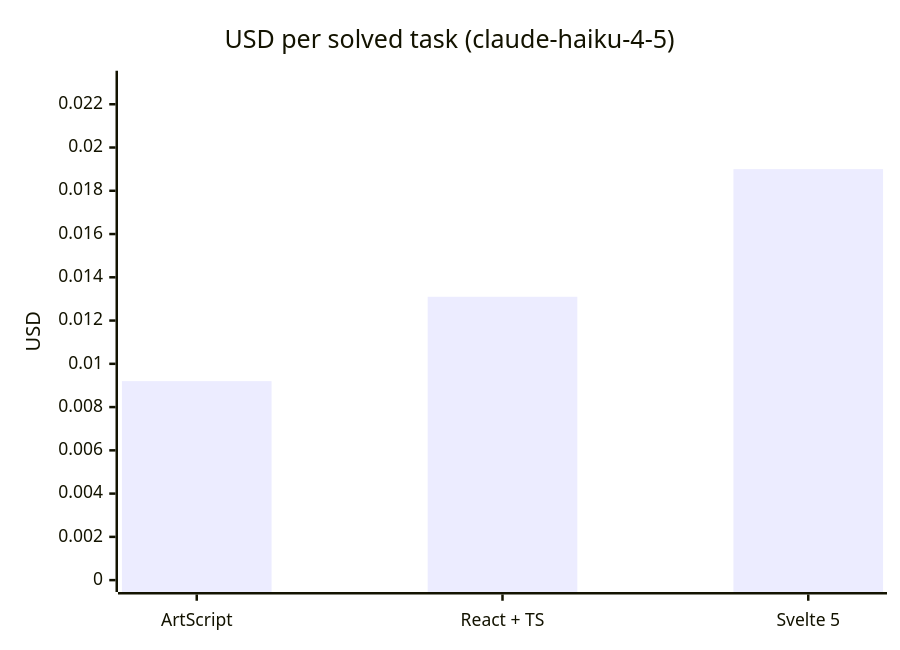
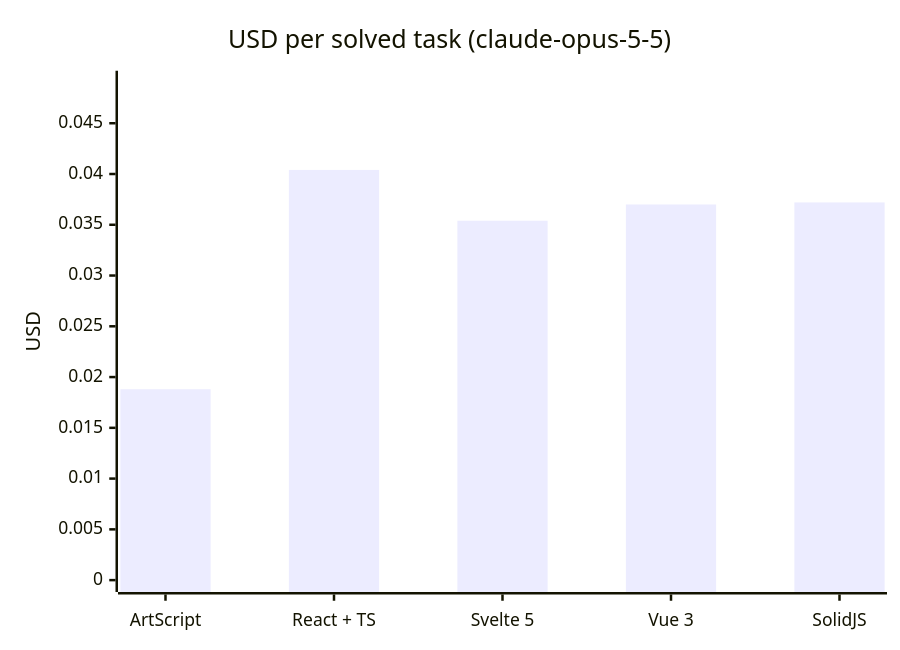
One commit to leb90/ArtScript changed the third of 3 diagrams in README.md. Above: the diagram before and after it, drawn with Mermaid. The commit also changed other lines of this file and 6 other files, not shown here.

````diff
--- a/README.md
+++ b/README.md
@@ -355,7 +417,7 @@
 ```mermaid
 xychart-beta
-    title "USD per solved task (claude-haiku-4-5)"
-    x-axis ["ArtScript", "React + TS", "Svelte 5"]
-    y-axis "USD" 0 --> 0.023
-    bar [0.0092, 0.0131, 0.0190]
+    title "USD per solved task (claude-opus-5-5)"
+    x-axis ["ArtScript", "React + TS", "Svelte 5", "Vue 3", "SolidJS"]
+    y-axis "USD" 0 --> 0.049
+    bar [0.0188, 0.0404, 0.0354, 0.0370, 0.0372]
 ```
````
